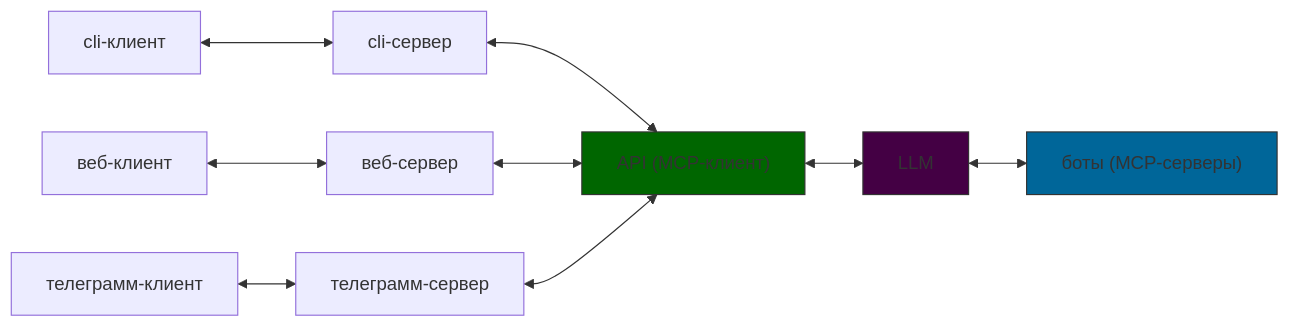
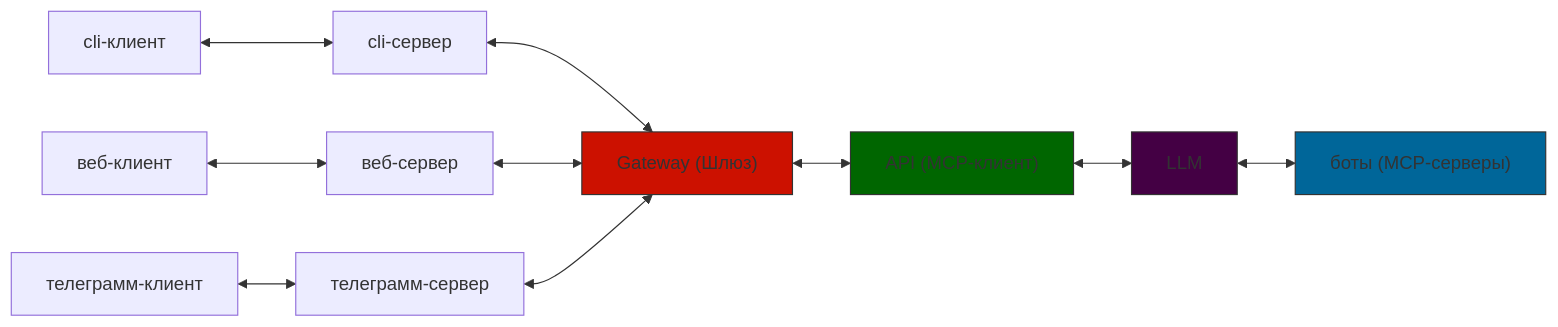
One commit to RawsTourix/bot_farm changed the first of 3 diagrams in README.md. Above: the diagram before and after it, drawn with Mermaid.

Commit message:
docs: add Gateway to Project Structure Diagram

````diff
--- a/README.md
+++ b/README.md
@@ -45,17 +45,20 @@
 ```mermaid
 graph LR
     A[cli-клиент] <--> B[cli-сервер]
     C[веб-клиент] <--> D[веб-сервер]
     E[телеграмм-клиент] <--> F[телеграмм-сервер]
     
-    B <--> G["API (MCP-клиент)"]
+    B <--> G["Gateway (Шлюз)"]
     D <--> G
     F <--> G
+
+    G <--> H["API (MCP-клиент)"]
     
-    G <--> H[LLM]
-    H <--> I["боты (MCP-серверы)"]
+    H <--> I[LLM]
+    I <--> J["боты (MCP-серверы)"]
     
-    style G fill:#060,stroke:#333
-    style H fill:#404,stroke:#333
-    style I fill:#069,stroke:#333
+    style G fill:#c10,stroke:#333
+    style H fill:#060,stroke:#333
+    style I fill:#404,stroke:#333
+    style J fill:#069,stroke:#333
 ```
````
